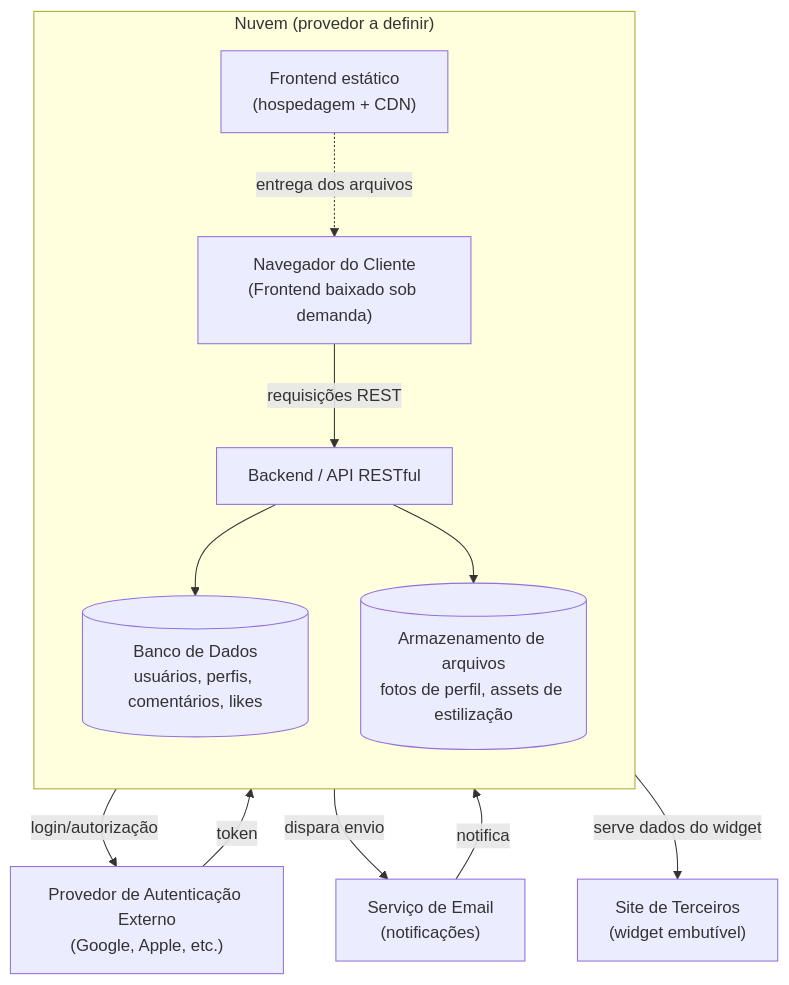
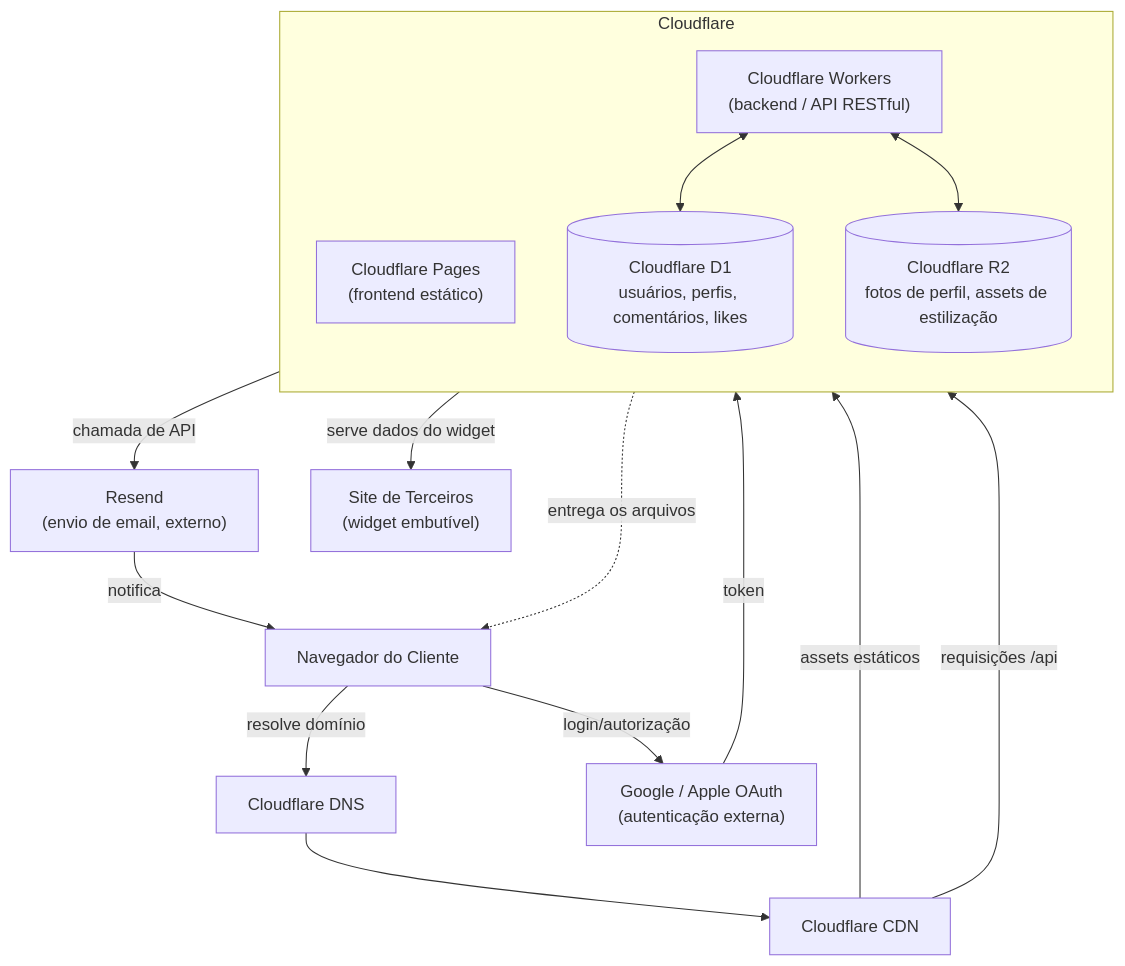
The diagram in docs/diagrama_de_blocos.md (MineGuestBook/GuestBook), drawn with Mermaid before and after one commit. The commit also changed other lines of this file, not shown here.

Commit message:
docs: atualiza o diagrama de blocos usando a cloudflare

````diff
--- a/docs/diagrama_de_blocos.md
+++ b/docs/diagrama_de_blocos.md
@@ -5,28 +5,36 @@
 ```mermaid
 flowchart TB
-    Client["Navegador do Cliente<br/>(Frontend baixado sob demanda)"]
+    Client["Navegador do Cliente"]
 
-    subgraph Cloud["Nuvem (provedor a definir)"]
+    DNS["Cloudflare DNS"]
+    CDN["Cloudflare CDN"]
+
+    subgraph Cloudflare["Cloudflare"]
         direction TB
 
-        Frontend["Frontend estático<br/>(hospedagem + CDN)"]
-        API["Backend / API RESTful"]
-        DB[("Banco de Dados<br/>usuários, perfis, comentários, likes")]
-        Storage[("Armazenamento de arquivos<br/>fotos de perfil, assets de estilização")]
-
-        Frontend -.->|entrega dos arquivos| Client
-        Client -->|requisições REST| API
-        API --> DB
-        API --> Storage
+        Pages["Cloudflare Pages<br/>(frontend estático)"]
+        Workers["Cloudflare Workers<br/>(backend / API RESTful)"]
+        D1[("Cloudflare D1<br/>usuários, perfis, comentários, likes")]
+        R2[("Cloudflare R2<br/>fotos de perfil, assets de estilização")]
     end
 
-    AuthProvider["Provedor de Autenticação Externo<br/>(Google, Apple, etc.)"]
-    EmailService["Serviço de Email<br/>(notificações)"]
+    OAuth["Google / Apple OAuth<br/>(autenticação externa)"]
+    Resend["Resend<br/>(envio de email, externo)"]
     ThirdPartySite["Site de Terceiros<br/>(widget embutível)"]
 
-    Client -->|login/autorização| AuthProvider
-    AuthProvider -->|token| API
-    API -->|dispara envio| EmailService
-    EmailService -->|notifica| Client
-    API -->|serve dados do widget| ThirdPartySite
+    Client -->|resolve domínio| DNS
+    DNS --> CDN
+    CDN -->|assets estáticos| Pages
+    CDN -->|requisições /api| Workers
+
+    Pages -.->|entrega os arquivos| Client
+    Workers <--> D1
+    Workers <--> R2
+    Workers -->|chamada de API| Resend
+    Resend -->|notifica| Client
+
+    Client -->|login/autorização| OAuth
+    OAuth -->|token| Workers
+
+    Workers -->|serve dados do widget| ThirdPartySite
 ```
````
